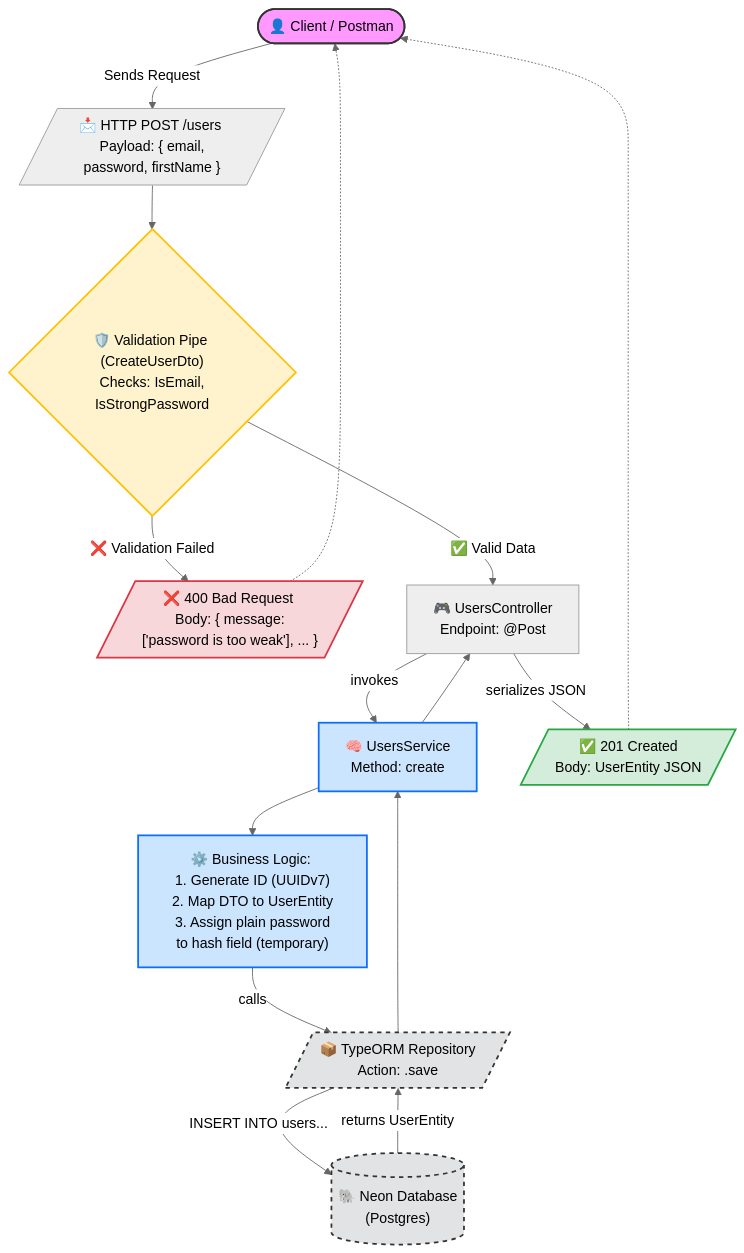
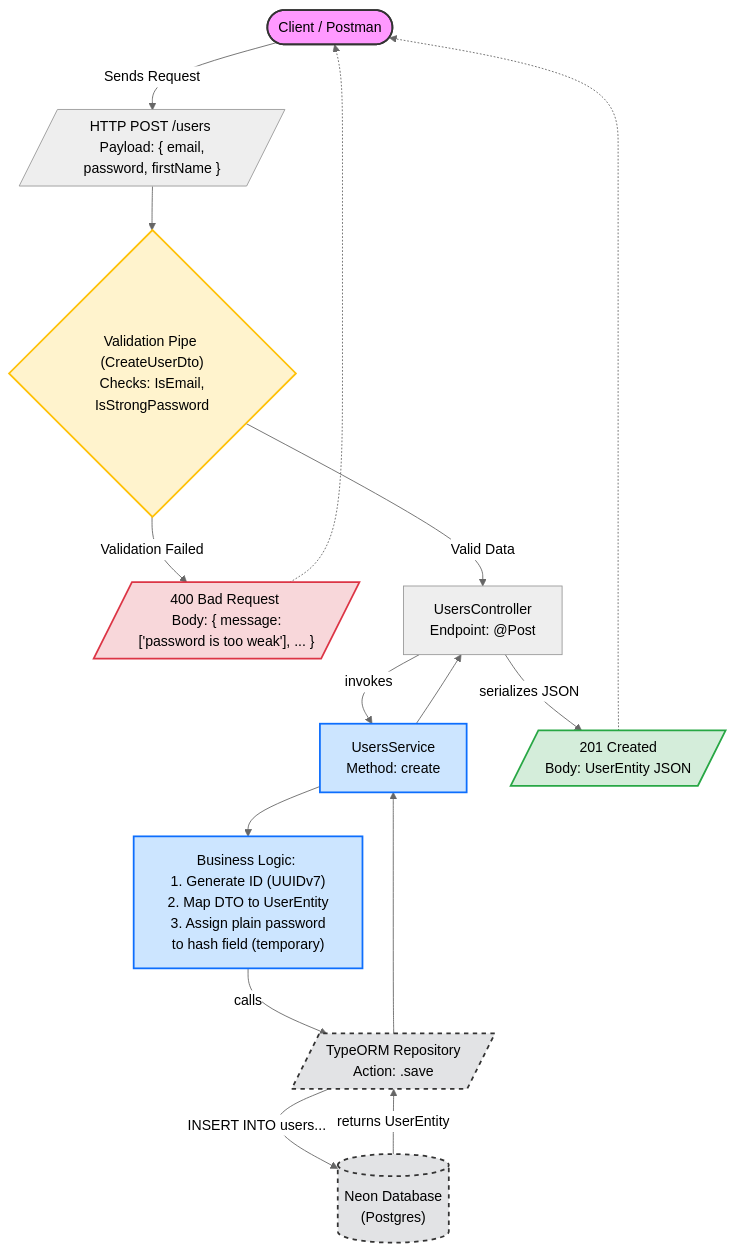
Before and after one commit to filippovskii09/fit-tracker-corp: the diagram in backend/README.md, drawn with Mermaid (neutral theme). The commit also changed 4 other files, not shown here.

````diff
--- a/backend/README.md
+++ b/backend/README.md
@@ -5,51 +5,51 @@
 ```mermaid
 	flowchart TD
     %% Global Styles
     classDef client fill:#f9f,stroke:#333,stroke-width:2px,color:black;
     classDef validator fill:#fff3cd,stroke:#ffc107,stroke-width:2px,color:black;
     classDef error fill:#f8d7da,stroke:#dc3545,stroke-width:2px,color:black;
     classDef success fill:#d4edda,stroke:#28a745,stroke-width:2px,color:black;
     classDef logic fill:#cce5ff,stroke:#0d6efd,stroke-width:2px,color:black;
     classDef db fill:#e2e3e5,stroke:#333,stroke-width:2px,stroke-dasharray: 5 5,color:black;
 
     %% Nodes
-    Client([👤 Client / Postman]):::client
+    Client([Client / Postman]):::client
     
-    Request[/"📩 HTTP POST /users <br/> Payload: { email, password, firstName }"/]
+    Request[/"HTTP POST /users <br/> Payload: { email, password, firstName }"/]
     
-    Validation{"🛡️ Validation Pipe <br/> (CreateUserDto) <br/> Checks: IsEmail, IsStrongPassword"}:::validator
+    Validation{"Validation Pipe <br/> (CreateUserDto) <br/> Checks: IsEmail, IsStrongPassword"}:::validator
     
-    Err400[/"❌ 400 Bad Request <br/> Body: { message: ['password is too weak'], ... }"/]:::error
+    Err400[/"400 Bad Request <br/> Body: { message: ['password is too weak'], ... }"/]:::error
     
-    Controller[🎮 UsersController <br/> Endpoint: @Post]
+    Controller[UsersController <br/> Endpoint: @Post]
     
-    Service[🧠 UsersService <br/> Method: create]:::logic
+    Service[UsersService <br/> Method: create]:::logic
     
-    BusinessLogic["⚙️ Business Logic: <br/> 1. Generate ID (UUIDv7) <br/> 2. Map DTO to UserEntity <br/> 3. Assign plain password to hash field (temporary)"]:::logic
+    BusinessLogic["Business Logic: <br/> 1. Generate ID (UUIDv7) <br/> 2. Map DTO to UserEntity <br/> 3. Assign plain password to hash field (temporary)"]:::logic
     
-    Repo[/"📦 TypeORM Repository <br/> Action: .save"/]:::db
+    Repo[/"TypeORM Repository <br/> Action: .save"/]:::db
     
-    DB[("🐘 Neon Database <br/> (Postgres)")]:::db
+    DB[("Neon Database <br/> (Postgres)")]:::db
     
-    Response[/"✅ 201 Created <br/> Body: UserEntity JSON"/]:::success
+    Response[/"201 Created <br/> Body: UserEntity JSON"/]:::success
 
     %% Connections
     Client -->|Sends Request| Request
     Request --> Validation
     
-    Validation -- "❌ Validation Failed" --> Err400
+    Validation -- "Validation Failed" --> Err400
     Err400 -.-> Client
     
-    Validation -- "✅ Valid Data" --> Controller
+    Validation -- "Valid Data" --> Controller
     Controller -->|"invokes"| Service
     
     Service --> BusinessLogic
     BusinessLogic -->|"calls"| Repo
     Repo -->|"INSERT INTO users..."| DB
     
     DB -- "returns UserEntity" --> Repo
     Repo --> Service
     Service --> Controller
     Controller -->|"serializes JSON"| Response
     Response -.-> Client
 ```
````
